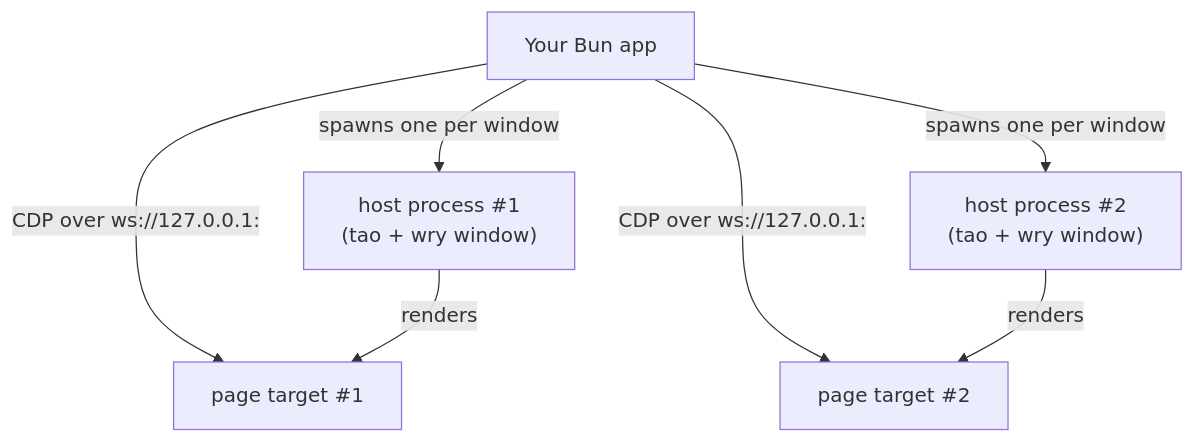
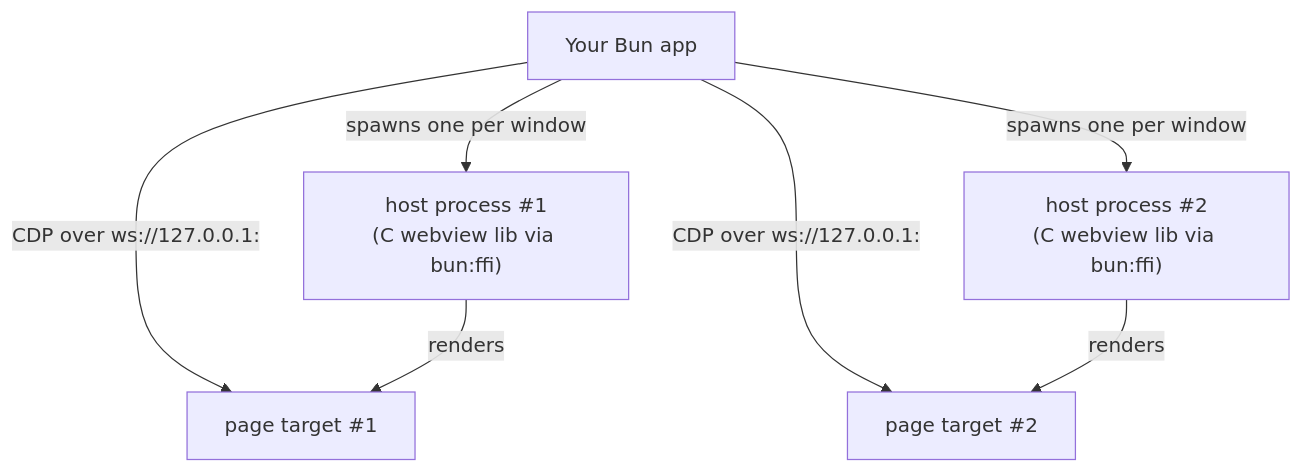
One commit to abmach/bun-webview2 changed the diagram in README.md. Above: the diagram before and after it, drawn with Mermaid. The commit also changed other lines of this file and 9 other files, not shown here.

First line of the commit message:
0.3.0: window layer rewritten — C webview library via bun:ffi, zero npm deps

````diff
--- a/README.md
+++ b/README.md
@@ -53,9 +55,9 @@
 ```mermaid
 graph TB
-    A["Your Bun app"] -- "spawns one per window" --> H1["host process #1\n(tao + wry window)"]
-    A -- "spawns one per window" --> H2["host process #2\n(tao + wry window)"]
+    A["Your Bun app"] -- "spawns one per window" --> H1["host process #1\n(C webview lib via bun:ffi)"]
+    A -- "spawns one per window" --> H2["host process #2\n(C webview lib via bun:ffi)"]
     A -- "CDP over ws://127.0.0.1:<port>" --> P1["page target #1"]
     A -- "CDP over ws://127.0.0.1:<port>" --> P2["page target #2"]
     H1 -- "renders" --> P1
     H2 -- "renders" --> P2
 ```
````
